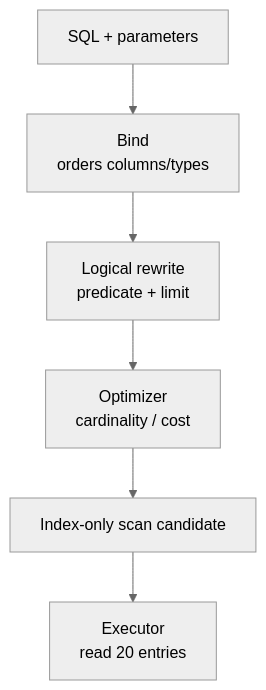
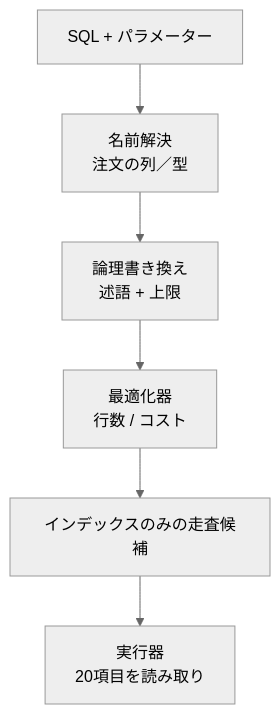
One commit to hirunebot/database-systems-book changed the second of 8 diagrams in src/content/docs/06-operations/18-capstone.md. Above: the diagram before and after it, drawn with Mermaid (neutral theme). The commit also changed other lines of this file and 42 other files, not shown here.

````diff
--- a/src/content/docs/06-operations/18-capstone.md
+++ b/src/content/docs/06-operations/18-capstone.md
@@ -240,10 +240,10 @@
 ```mermaid
 flowchart TB
-    SQL["SQL + parameters"]
-    Bind["Bind<br/>orders columns/types"]
-    Rewrite["Logical rewrite<br/>predicate + limit"]
-    Opt["Optimizer<br/>cardinality / cost"]
-    Plan["Index-only scan candidate"]
-    Exec["Executor<br/>read 20 entries"]
+    SQL["SQL + パラメーター"]
+    Bind["名前解決<br/>注文の列／型"]
+    Rewrite["論理書き換え<br/>述語 + 上限"]
+    Opt["最適化器<br/>行数 / コスト"]
+    Plan["インデックスのみの走査候補"]
+    Exec["実行器<br/>20項目を読み取り"]
     SQL --> Bind --> Rewrite --> Opt --> Plan --> Exec
 ```
````
